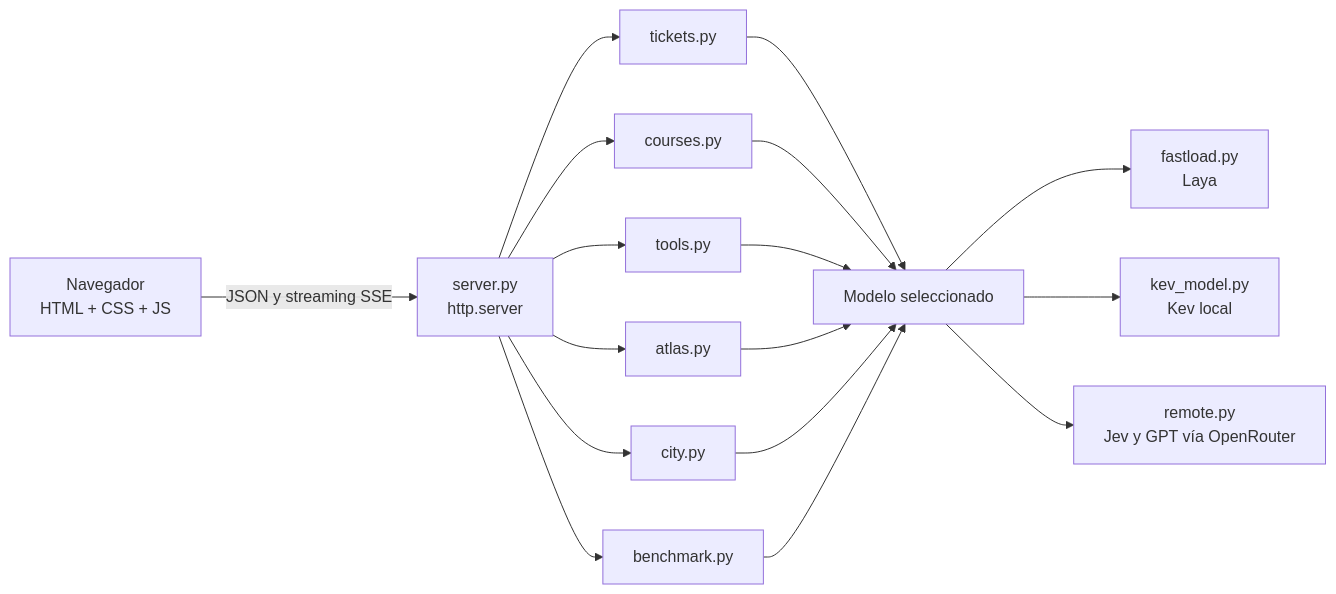
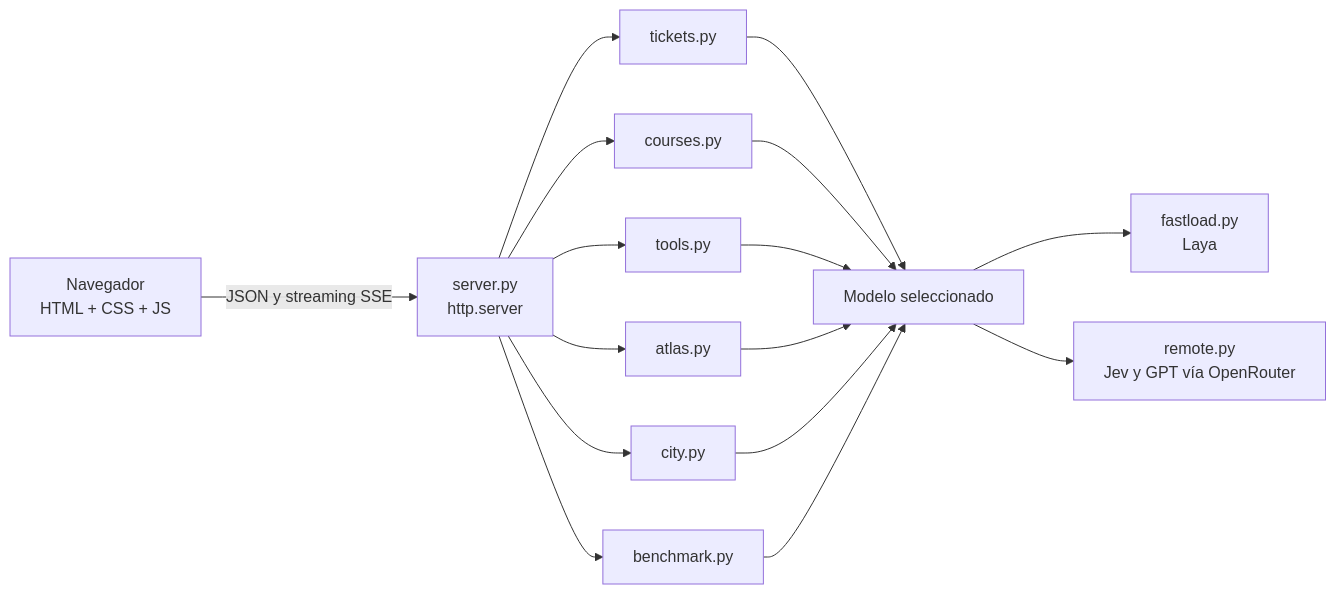
Before and after one commit to zamax14/Laya-Showcase: the diagram in README.md, drawn with Mermaid. The commit also changed other lines of this file, not shown here.

````diff
--- a/README.md
+++ b/README.md
@@ -271,14 +308,13 @@
 ```mermaid
 flowchart LR
     B["Navegador<br/>HTML + CSS + JS"] -- "JSON y streaming SSE" --> S["server.py<br/>http.server"]
     S --> T["tickets.py"]
     S --> R["courses.py"]
     S --> H["tools.py"]
     S --> A["atlas.py"]
     S --> C["city.py"]
     T & R & H & A & C --> M["Modelo seleccionado"]
     M --> L["fastload.py<br/>Laya"]
-    M --> K["kev_model.py<br/>Kev local"]
     M --> O["remote.py<br/>Jev y GPT vía OpenRouter"]
     S --> BM["benchmark.py"] --> M
 ```
````
